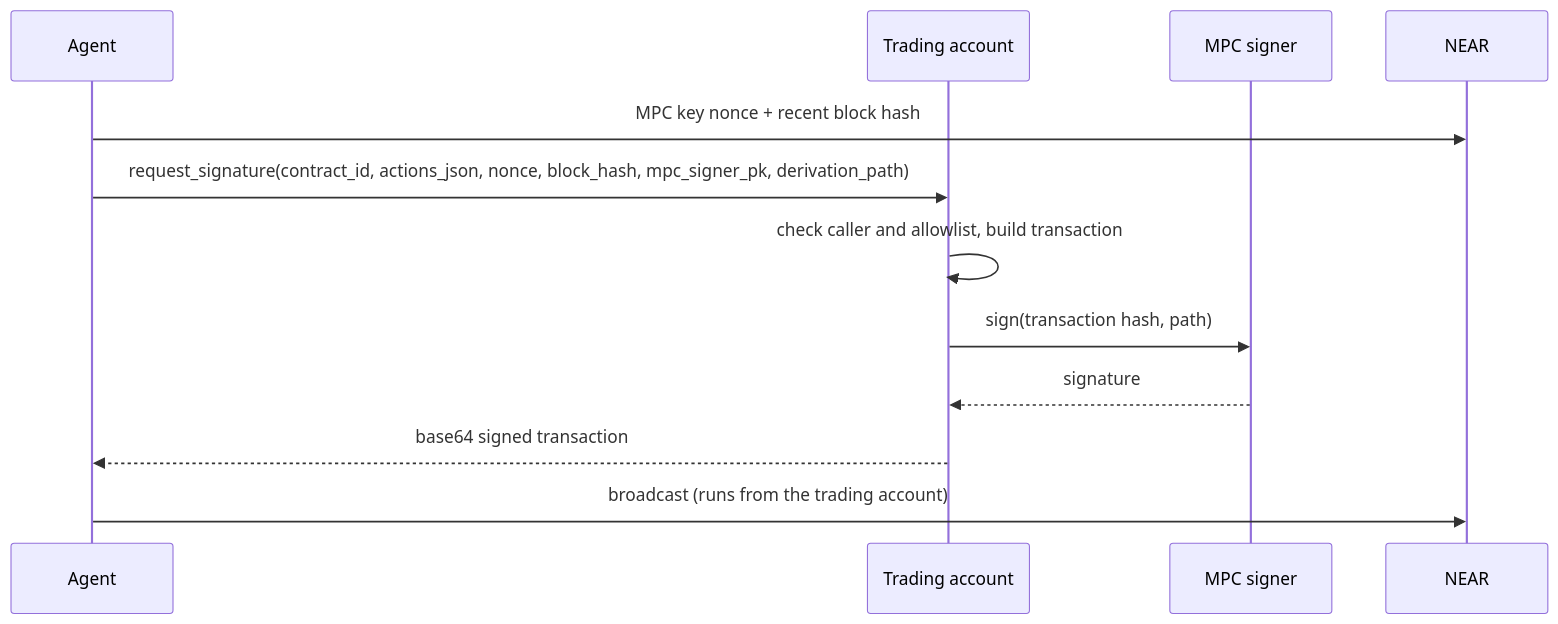
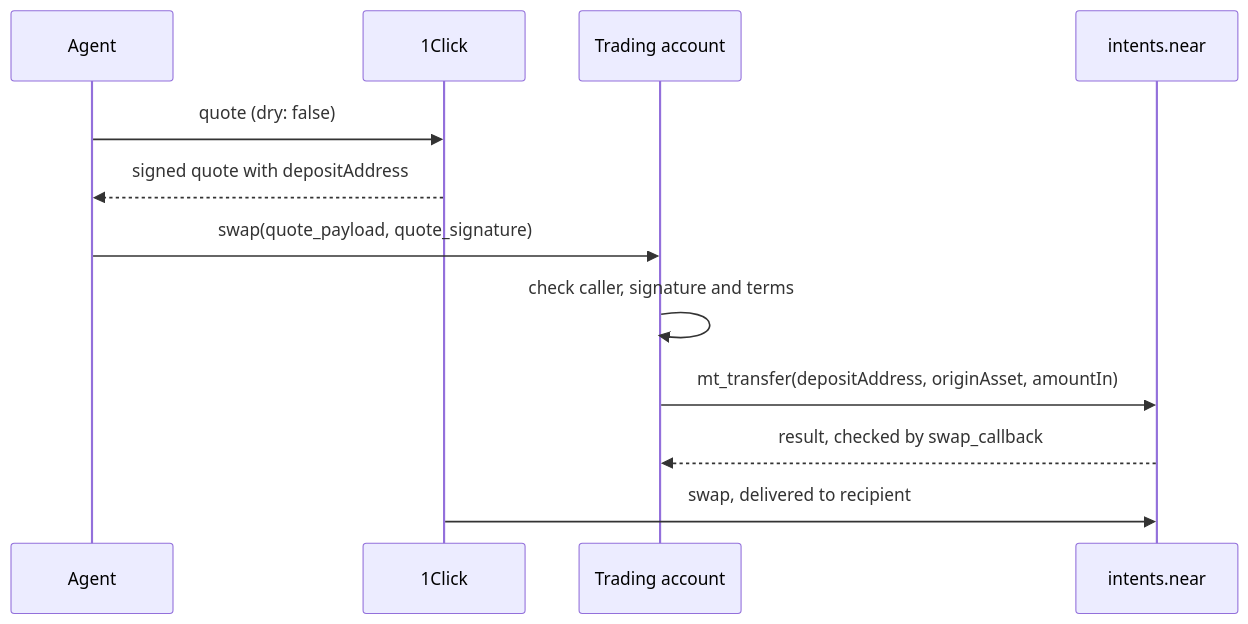
The diagram in docs/trading-account.md (beneviolabs/autonomous-trading-account), drawn with Mermaid before and after one commit. The commit also changed other lines of this file and 17 other files, not shown here.

First line of the commit message:
Swap through 1Click quotes directly; remove request_signature

````diff
--- a/docs/trading-account.md
+++ b/docs/trading-account.md
@@ -56,15 +58,15 @@
    ```mermaid
    sequenceDiagram
        participant Agent as Agent
+       participant OneClick as 1Click
        participant TA as Trading account
-       participant MPC as MPC signer
-       participant NEAR as NEAR
+       participant Intents as intents.near
 
-       Agent->>NEAR: MPC key nonce + recent block hash
-       Agent->>TA: request_signature(contract_id, actions_json, nonce, block_hash, mpc_signer_pk, derivation_path)
-       TA->>TA: check caller and allowlist, build transaction
-       TA->>MPC: sign(transaction hash, path)
-       MPC-->>TA: signature
-       TA-->>Agent: base64 signed transaction
-       Agent->>NEAR: broadcast (runs from the trading account)
+       Agent->>OneClick: quote (dry: false)
+       OneClick-->>Agent: signed quote with depositAddress
+       Agent->>TA: swap(quote_payload, quote_signature)
+       TA->>TA: check caller, signature and terms
+       TA->>Intents: mt_transfer(depositAddress, originAsset, amountIn)
+       Intents-->>TA: result, checked by swap_callback
+       OneClick->>Intents: swap, delivered to recipient
    ```
````
